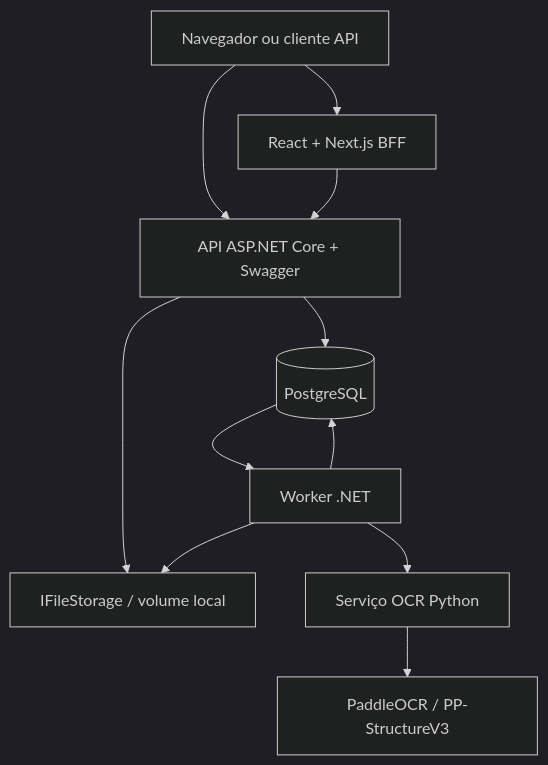
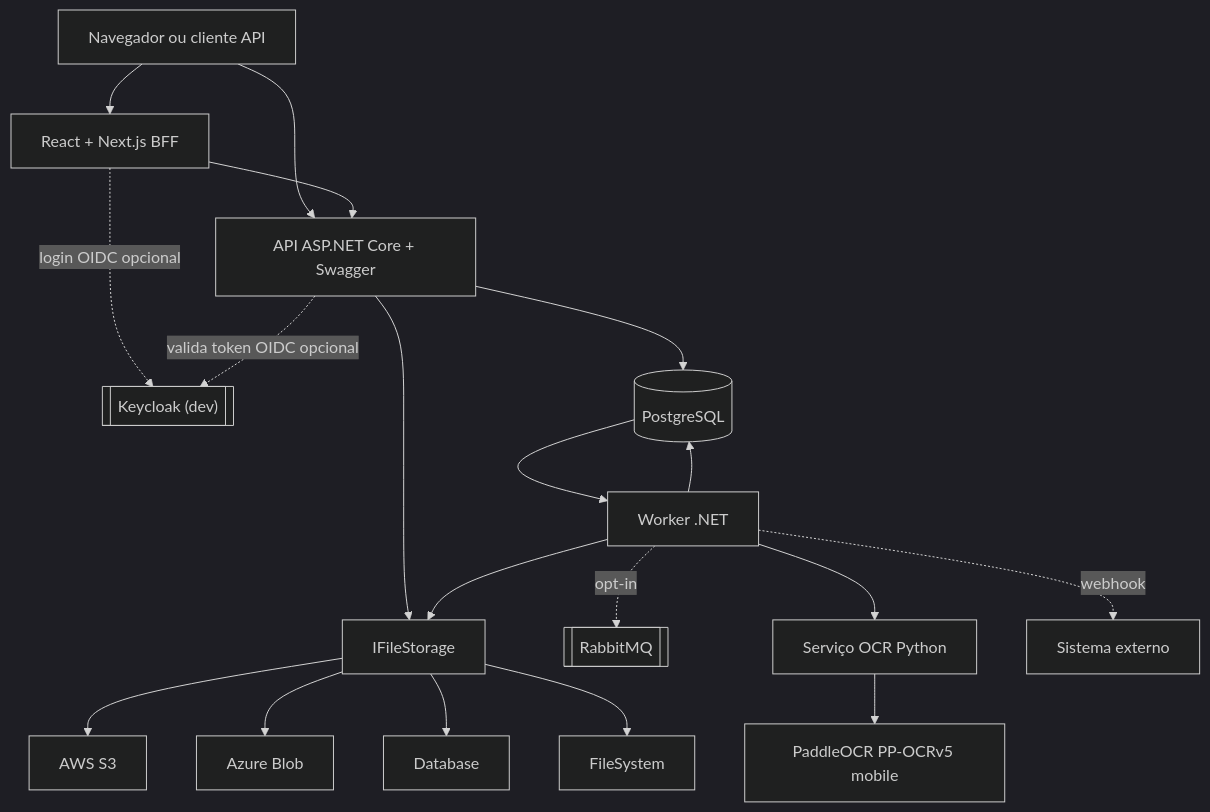
The first of 2 diagrams in docs/PRD.md (oscarcasagrande/mini-document-management), drawn with Mermaid (dark theme) before and after one commit. The commit also changed other lines of this file and 2 other files, not shown here.

````diff
--- a/docs/PRD.md
+++ b/docs/PRD.md
@@ -455,13 +753,21 @@
 ```mermaid
 flowchart TD
     U["Navegador ou cliente API"] --> W["React + Next.js BFF"]
     U --> A["API ASP.NET Core + Swagger"]
     W --> A
+    W -. login OIDC opcional .-> KC[["Keycloak (dev)"]]
+    A -. valida token OIDC opcional .-> KC
     A --> D[("PostgreSQL")]
-    A --> F["IFileStorage / volume local"]
+    A --> F["IFileStorage"]
+    F --> S1["FileSystem"]
+    F --> S2["Database"]
+    F --> S3["Azure Blob"]
+    F --> S4["AWS S3"]
     D --> K["Worker .NET"]
+    K -. opt-in .-> RMQ[["RabbitMQ"]]
     K --> O["Serviço OCR Python"]
-    O --> P["PaddleOCR / PP-StructureV3"]
+    O --> P["PaddleOCR PP-OCRv5 mobile"]
     K --> D
     K --> F
+    K -. webhook .-> EXT["Sistema externo"]
 ```
````
